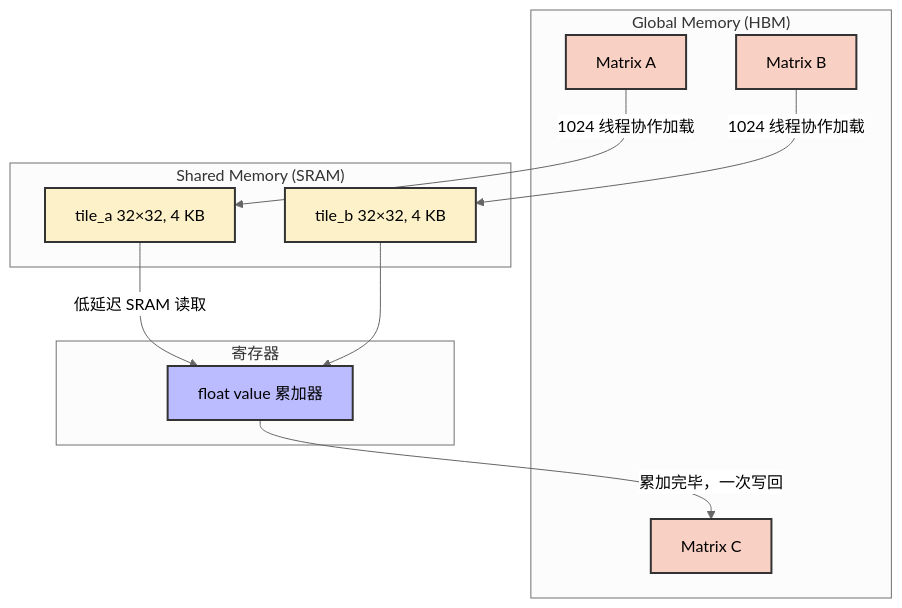
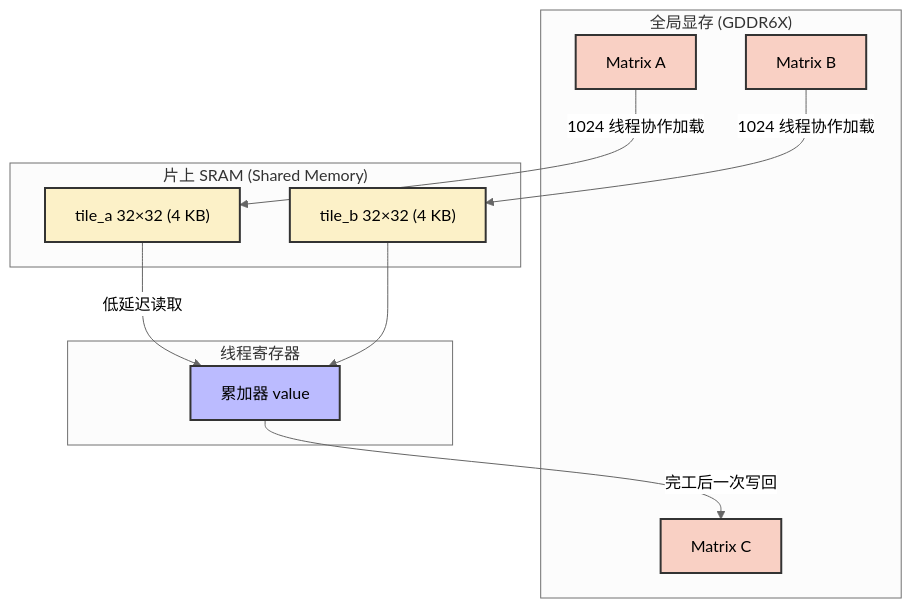
Before and after one commit to psmarter/CUDA-Practice: the first of 3 diagrams in Blogs/01_Basics_Concepts_and_Tiling.md, drawn with Mermaid (neutral theme). The commit also changed other lines of this file and 14 other files, not shown here.

````diff
--- a/Blogs/01_Basics_Concepts_and_Tiling.md
+++ b/Blogs/01_Basics_Concepts_and_Tiling.md
@@ -78,27 +65,27 @@
 ```mermaid
 graph TD
     classDef gm fill:#f9d0c4,stroke:#333,stroke-width:2px;
     classDef sm fill:#fcf1c8,stroke:#333,stroke-width:2px;
     classDef reg fill:#bbf,stroke:#333,stroke-width:2px;
 
-    subgraph "Global Memory (HBM)"
+    subgraph "全局显存 (GDDR6X)"
         A[Matrix A]:::gm
         B[Matrix B]:::gm
         C[Matrix C]:::gm
     end
 
-    subgraph "Shared Memory (SRAM)"
-        SA["tile_a 32×32, 4 KB"]:::sm
-        SB["tile_b 32×32, 4 KB"]:::sm
+    subgraph "片上 SRAM (Shared Memory)"
+        SA["tile_a 32×32 (4 KB)"]:::sm
+        SB["tile_b 32×32 (4 KB)"]:::sm
     end
 
-    subgraph "寄存器"
-        R["float value 累加器"]:::reg
+    subgraph "线程寄存器"
+        R["累加器 value"]:::reg
     end
 
     A -- "1024 线程协作加载" --> SA
     B -- "1024 线程协作加载" --> SB
-    SA -- "低延迟 SRAM 读取" --> R
+    SA -- "低延迟读取" --> R
     SB --> R
-    R -- "累加完毕，一次写回" --> C
+    R -- "完工后一次写回" --> C
 ```
````
